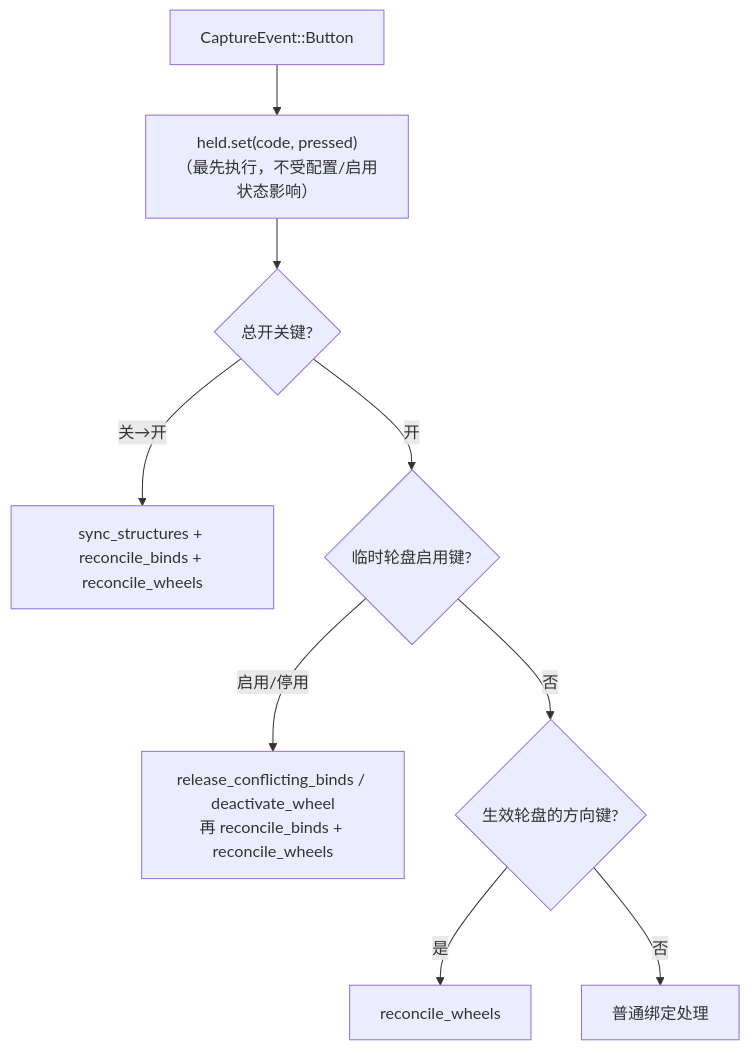
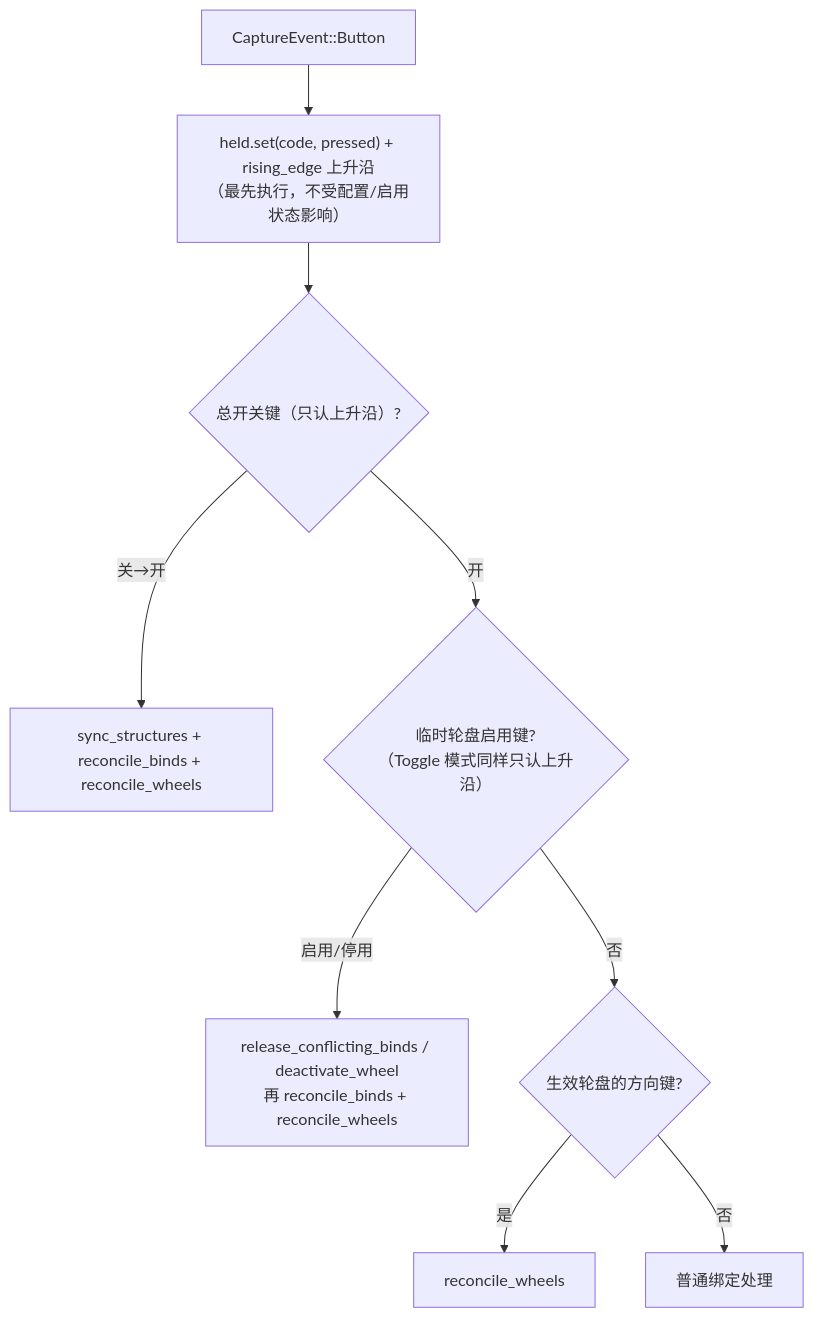
Before and after one commit to Azrl-lyh/scrcpy-pad: the third of 10 diagrams in 文档/功能组分说明.md, drawn with Mermaid. The commit also changed other lines of this file and 10 other files, not shown here.

````diff
--- a/文档/功能组分说明.md
+++ b/文档/功能组分说明.md
@@ -432,11 +464,11 @@
 ```mermaid
 flowchart TD
-    EV["CaptureEvent::Button"] --> H["held.set(code, pressed)<br/>（最先执行，不受配置/启用状态影响）"]
-    H --> T{"总开关键?"}
+    EV["CaptureEvent::Button"] --> H["held.set(code, pressed) + rising_edge 上升沿<br/>（最先执行，不受配置/启用状态影响）"]
+    H --> T{"总开关键（只认上升沿）?"}
     T -->|"关→开"| RC["sync_structures + reconcile_binds + reconcile_wheels"]
-    T -->|"开"| W{"临时轮盘启用键?"}
+    T -->|"开"| W{"临时轮盘启用键?<br/>（Toggle 模式同样只认上升沿）"}
     W -->|"启用/停用"| RC2["release_conflicting_binds / deactivate_wheel<br/>再 reconcile_binds + reconcile_wheels"]
     W -->|"否"| D{"生效轮盘的方向键?"}
     D -->|"是"| RC3["reconcile_wheels"]
     D -->|"否"| BIND["普通绑定处理"]
 ```
````
